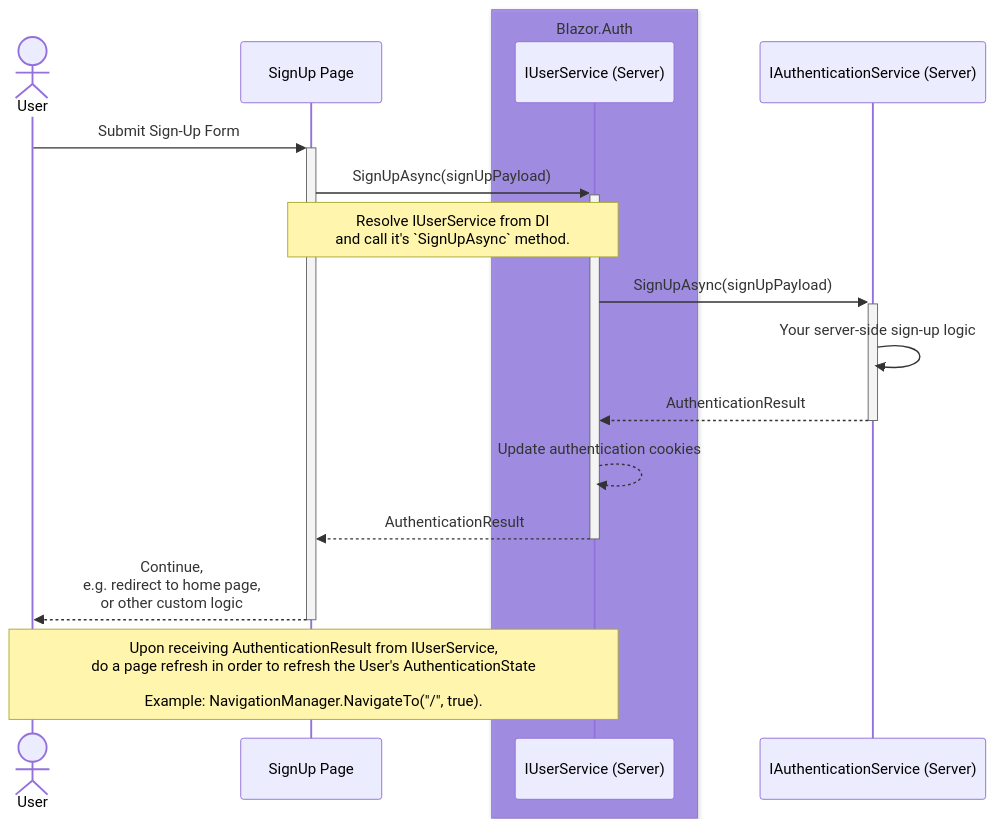
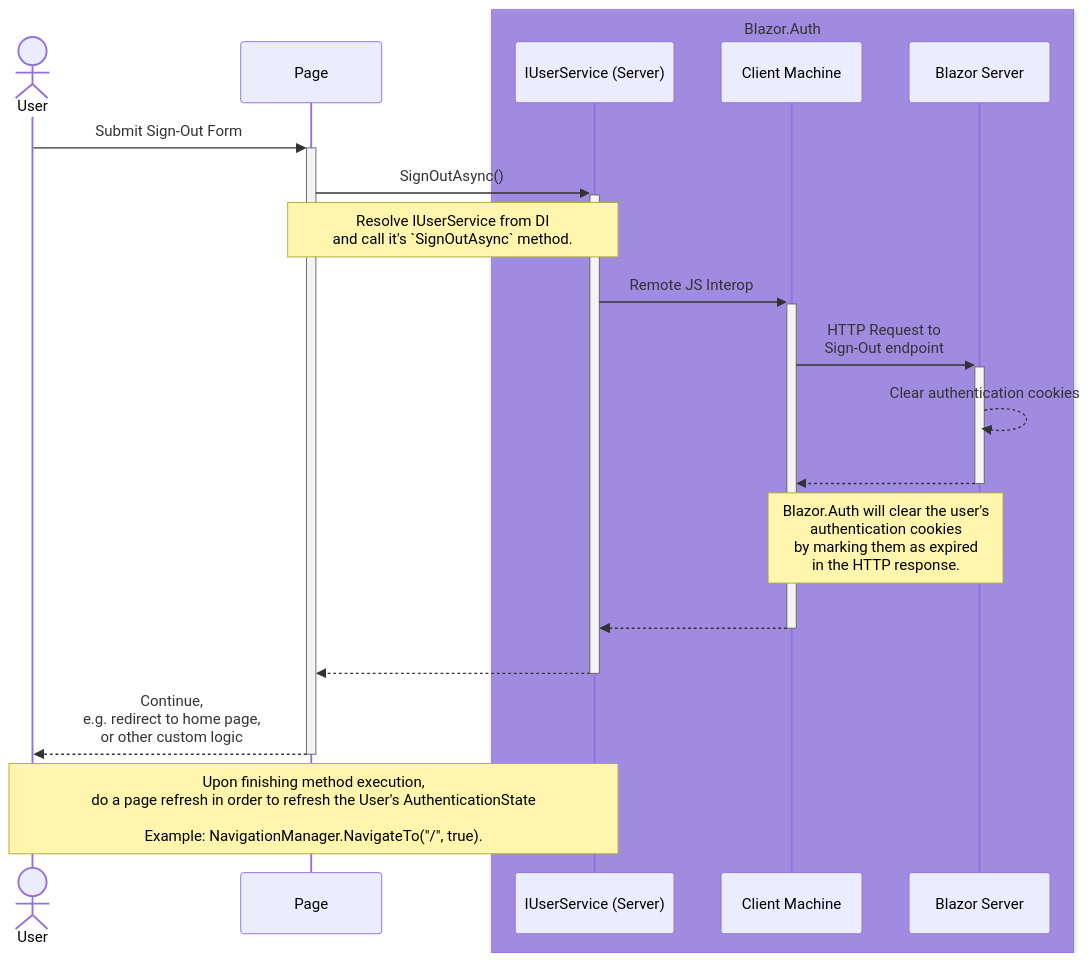
Before and after one commit to BitzArt/Blazor.Auth: the second of 3 diagrams in docs/src/04.use-cases/03.interactive-server.md, drawn with Mermaid. The commit also changed other lines of this file and 101 other files, not shown here.

Commit message:
Blazor.Auth v2 (#33)

````diff
--- a/docs/src/04.use-cases/03.interactive-server.md
+++ b/docs/src/04.use-cases/03.interactive-server.md
@@ -39,27 +48,31 @@
 ```mermaid
 sequenceDiagram
 
 actor user as User
-participant page as SignUp Page
+participant page as Page
 
 box rgba(101, 63, 232, 0.5) Blazor.Auth
 participant userServiceServer as IUserService (Server)
+participant blazorClient as Client Machine
+participant blazorServer as Blazor Server
 end
 
-participant authService as IAuthenticationService (Server)
+user ->>+ page: Submit Sign-Out Form
+page ->>+ userServiceServer: SignOutAsync()
+note over page,userServiceServer: Resolve IUserService from DI<br/> and call it's `SignOutAsync` method.
 
-user ->>+ page: Submit Sign-Up Form
-page ->>+ userServiceServer: SignUpAsync(signUpPayload)
-note over page,userServiceServer: Resolve IUserService from DI<br/> and call it's `SignUpAsync` method.
+userServiceServer ->>+ blazorClient: Remote JS Interop
+blazorClient ->>+ blazorServer: HTTP Request to <br/> Sign-Out endpoint
 
-userServiceServer ->>+ authService: SignUpAsync(signUpPayload)
-authService ->> authService: Your server-side sign-up logic
+blazorServer -->> blazorServer: Clear authentication cookies
 
-authService -->>- userServiceServer: AuthenticationResult
-userServiceServer -->> userServiceServer: Update authentication cookies
+blazorServer -->>- blazorClient: #32;
+note over blazorClient,blazorServer: Blazor.Auth will clear the user's <br/> authentication cookies <br/> by marking them as expired <br/> in the HTTP response.
 
-userServiceServer -->>- page: AuthenticationResult
+blazorClient -->>- userServiceServer: #32;
+
+userServiceServer -->>- page: #32;
 page -->>- user: Continue, <br/> e.g. redirect to home page, <br/> or other custom logic
 
-note over user,userServiceServer: Upon receiving AuthenticationResult from IUserService, <br/> do a page refresh in order to refresh the User's AuthenticationState<br/><br/> Example: NavigationManager.NavigateTo("/", true).
+note over user,userServiceServer: Upon finishing method execution, <br/> do a page refresh in order to refresh the User's AuthenticationState<br/><br/> Example: NavigationManager.NavigateTo("/", true).
 ```
````
